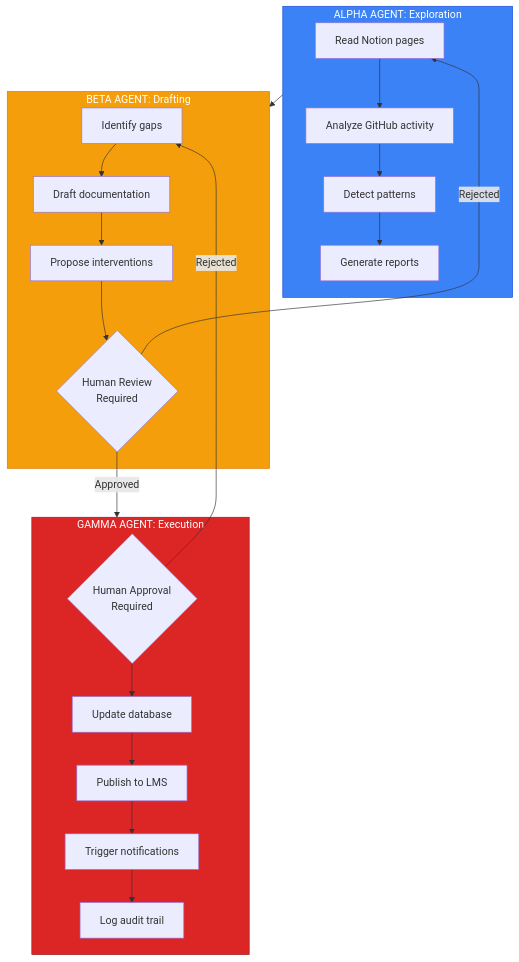
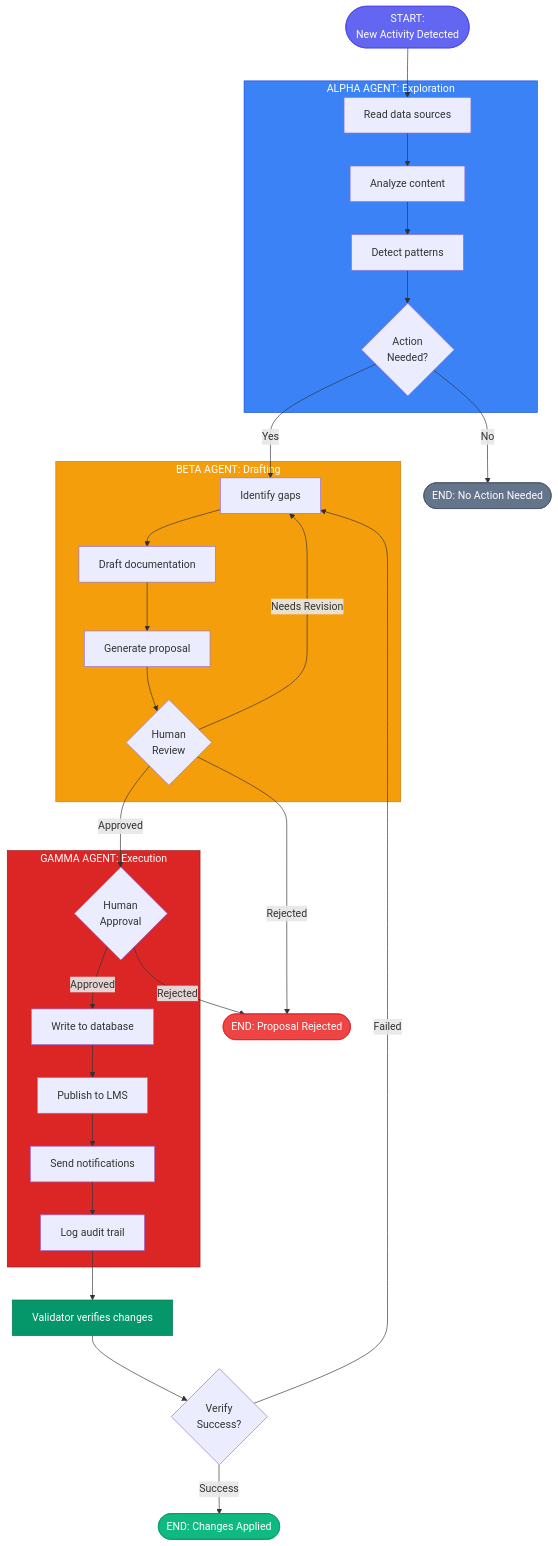
One commit to Lizo-RoadTown/Portfolio changed the second of 3 diagrams in demos/bronco-demo/architecture.md. Above: the diagram before and after it, drawn with Mermaid. The commit also changed other lines of this file, not shown here.

Commit message:
Fix Layer 3 agent workflow diagram - add complete process flow with start/end points

````diff
--- a/demos/bronco-demo/architecture.md
+++ b/demos/bronco-demo/architecture.md
@@ -111,36 +111,59 @@
 ```mermaid
 flowchart TB
+    START([START:<br/>New Activity Detected])
+
     subgraph ALPHA["ALPHA AGENT: Exploration"]
-        A1[Read Notion pages]
-        A2[Analyze GitHub activity]
+        A1[Read data sources]
+        A2[Analyze content]
         A3[Detect patterns]
-        A4[Generate reports]
-        A1 --> A2 --> A3 --> A4
+        A4{Action<br/>Needed?}
     end
 
     subgraph BETA["BETA AGENT: Drafting"]
         B1[Identify gaps]
         B2[Draft documentation]
-        B3[Propose interventions]
-        B4{"Human Review<br/>Required"}
-        B1 --> B2 --> B3 --> B4
+        B3[Generate proposal]
+        B4{Human<br/>Review}
     end
 
     subgraph GAMMA["GAMMA AGENT: Execution"]
-        G1{"Human Approval<br/>Required"}
-        G2[Update database]
+        G1{Human<br/>Approval}
+        G2[Write to database]
         G3[Publish to LMS]
-        G4[Trigger notifications]
+        G4[Send notifications]
         G5[Log audit trail]
-        G1 --> G2 --> G3 --> G4 --> G5
     end
 
-    ALPHA --> BETA
-    B4 -->|Approved| GAMMA
-    B4 -->|Rejected| A1
-    G1 -->|Rejected| B1
+    VALIDATE[Validator verifies changes]
+    VERIFY{Verify<br/>Success?}
+
+    END_SUCCESS([END: Changes Applied])
+    END_NO_ACTION([END: No Action Needed])
+    END_REJECTED([END: Proposal Rejected])
+
+    START --> A1 --> A2 --> A3 --> A4
+
+    A4 -->|No| END_NO_ACTION
+    A4 -->|Yes| B1 --> B2 --> B3 --> B4
+
+    B4 -->|Rejected| END_REJECTED
+    B4 -->|Needs Revision| B1
+    B4 -->|Approved| G1
+
+    G1 -->|Rejected| END_REJECTED
+    G1 -->|Approved| G2 --> G3 --> G4 --> G5
+
+    G5 --> VALIDATE --> VERIFY
+
+    VERIFY -->|Success| END_SUCCESS
+    VERIFY -->|Failed| B1
 
     style ALPHA fill:#3b82f6,stroke:#1d4ed8,color:#fff
     style BETA fill:#f59e0b,stroke:#d97706,color:#fff
     style GAMMA fill:#dc2626,stroke:#991b1b,color:#fff
+    style START fill:#6366f1,stroke:#4f46e5,color:#fff
+    style END_SUCCESS fill:#10b981,stroke:#059669,color:#fff
+    style END_NO_ACTION fill:#64748b,stroke:#475569,color:#fff
+    style END_REJECTED fill:#ef4444,stroke:#dc2626,color:#fff
+    style VALIDATE fill:#059669,stroke:#047857,color:#fff
 ```
````
